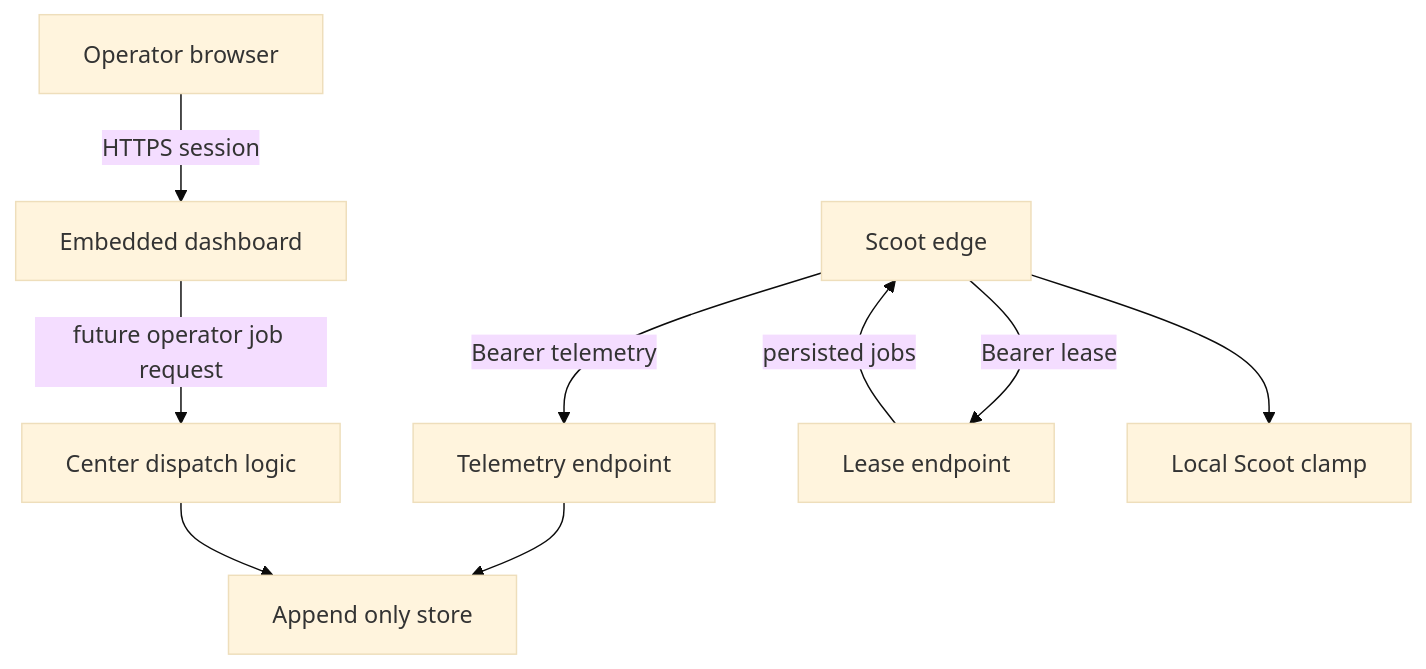
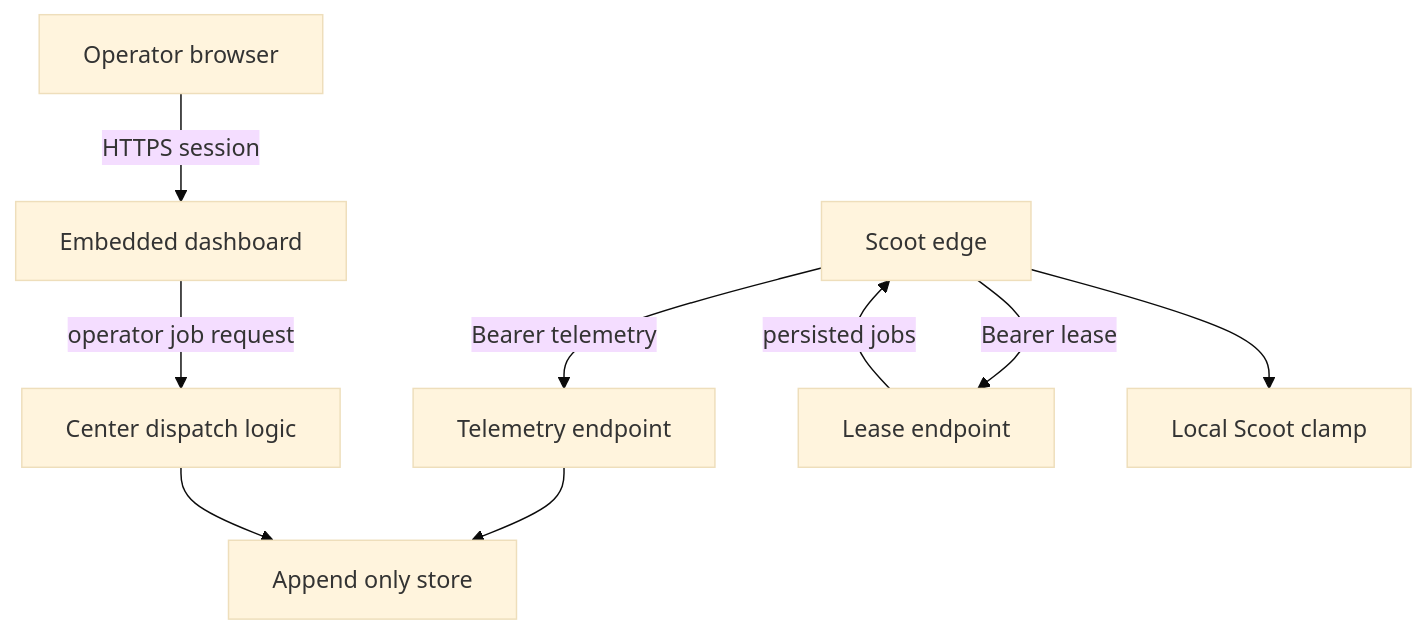
Before and after one commit to jamiesun/scootship: the diagram in docs/dispatch-threat-model.md, drawn with Mermaid (base theme). The commit also changed other lines of this file and 26 other files, not shown here.

````diff
--- a/docs/dispatch-threat-model.md
+++ b/docs/dispatch-threat-model.md
@@ -72,11 +90,11 @@
 ```mermaid
 flowchart TD
   O["Operator browser"] -->|HTTPS session| D["Embedded dashboard"]
-  D -->|future operator job request| C["Center dispatch logic"]
+  D -->|operator job request| C["Center dispatch logic"]
   E["Scoot edge"] -->|Bearer telemetry| T["Telemetry endpoint"]
   E -->|Bearer lease| L["Lease endpoint"]
   T --> S["Append only store"]
   C --> S
   L -->|persisted jobs| E
   E --> A["Local Scoot clamp"]
 ```
````
